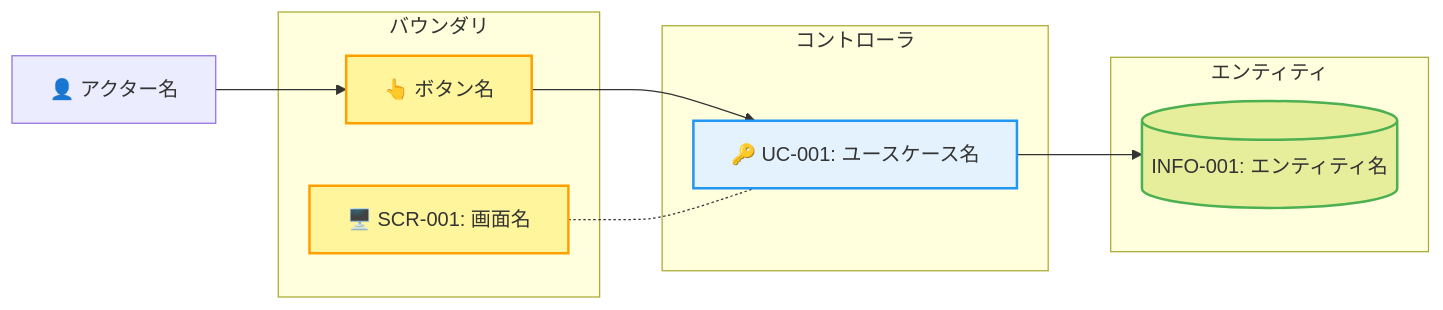
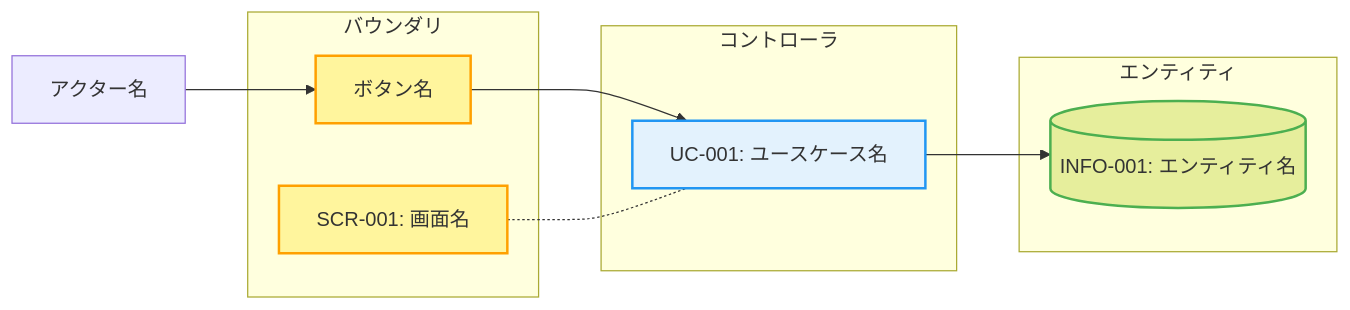
Before and after one commit to iwasa-kosui/dotfiles: the fourth of 7 diagrams in specs/spec.md, drawn with Mermaid. The commit also changed other lines of this file and 7 other files, not shown here.

````diff
--- a/specs/spec.md
+++ b/specs/spec.md
@@ -468,26 +532,26 @@
 ```mermaid
 flowchart LR
     classDef boundary fill:#fff59d,stroke:#ffa000,stroke-width:2px
     classDef control fill:#e3f2fd,stroke:#2196f3,stroke-width:2px
     classDef entity fill:#e6ee9c,stroke:#4caf50,stroke-width:2px
 
-    actor["👤 アクター名"]
+    actor["アクター名"]
 
     subgraph boundarySg["バウンダリ"]
-        scr1["🖥️ SCR-001: 画面名"]:::boundary
-        btn1["👆 ボタン名"]:::boundary
+        scr1["SCR-001: 画面名"]:::boundary
+        btn1["ボタン名"]:::boundary
     end
 
     subgraph controlSg["コントローラ"]
-        ctrl1["🔑 UC-001: ユースケース名"]:::control
+        ctrl1["UC-001: ユースケース名"]:::control
     end
 
     subgraph entitySg["エンティティ"]
         info1[("INFO-001: エンティティ名")]:::entity
     end
 
     actor --> btn1
     btn1 --> ctrl1
     ctrl1 --> info1
     scr1 -.- ctrl1
 ```
````
